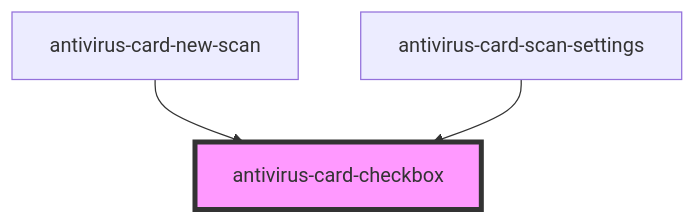
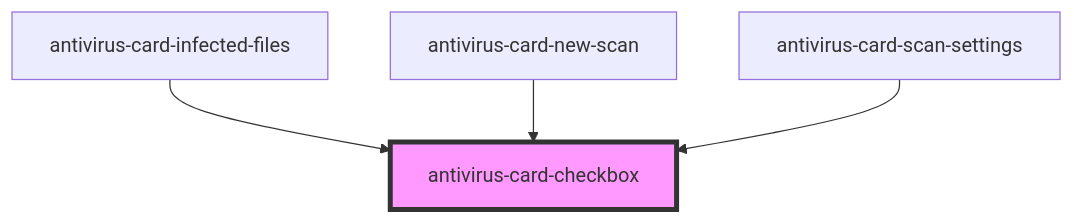
The diagram in client/packages/antivirus-card/src/components/checkbox/readme.md (ispsystem/plugin-imunify), drawn with Mermaid before and after one commit. The commit also changed other lines of this file and 28 other files, not shown here.

First line of the commit message:
wip(antivirus-card): 🚧 wait delete action (AS-1495)

````diff
--- a/client/packages/antivirus-card/src/components/checkbox/readme.md
+++ b/client/packages/antivirus-card/src/components/checkbox/readme.md
@@ -34,6 +35,7 @@
 ```mermaid
 graph TD;
+  antivirus-card-infected-files --> antivirus-card-checkbox
   antivirus-card-new-scan --> antivirus-card-checkbox
   antivirus-card-scan-settings --> antivirus-card-checkbox
   style antivirus-card-checkbox fill:#f9f,stroke:#333,stroke-width:4px
 ```
````
